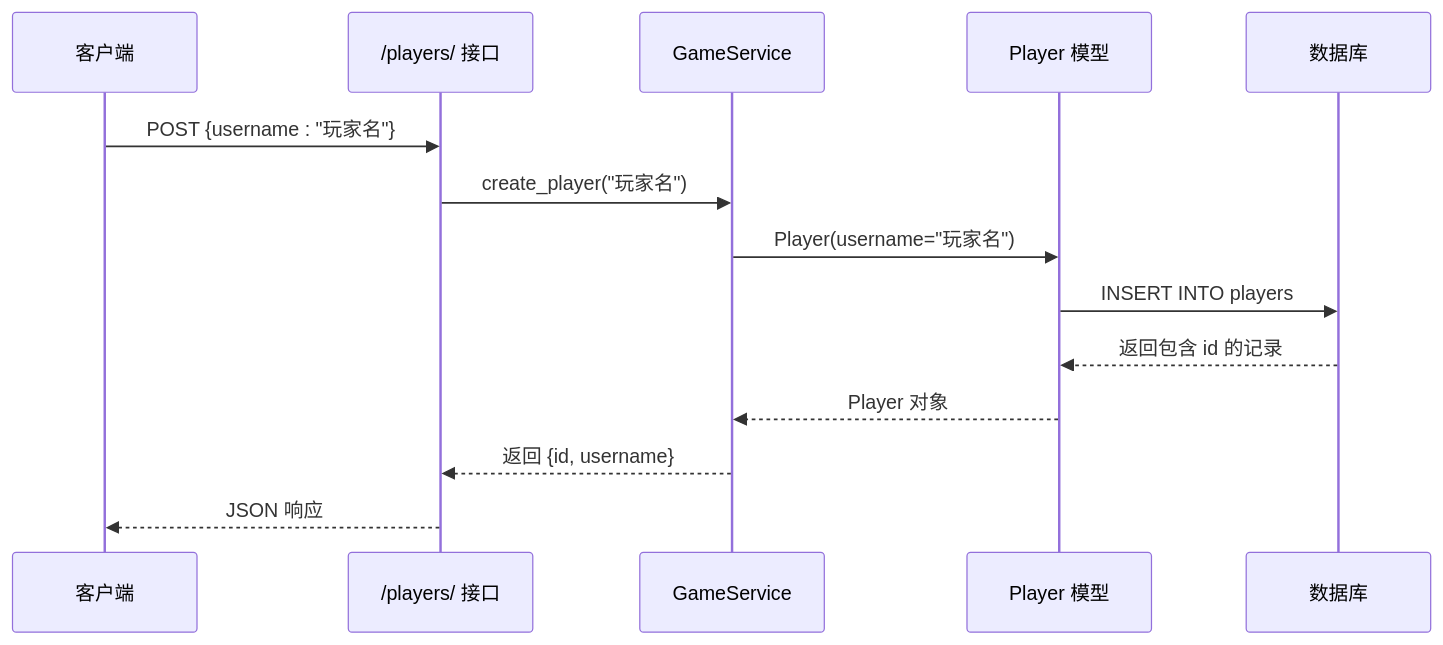
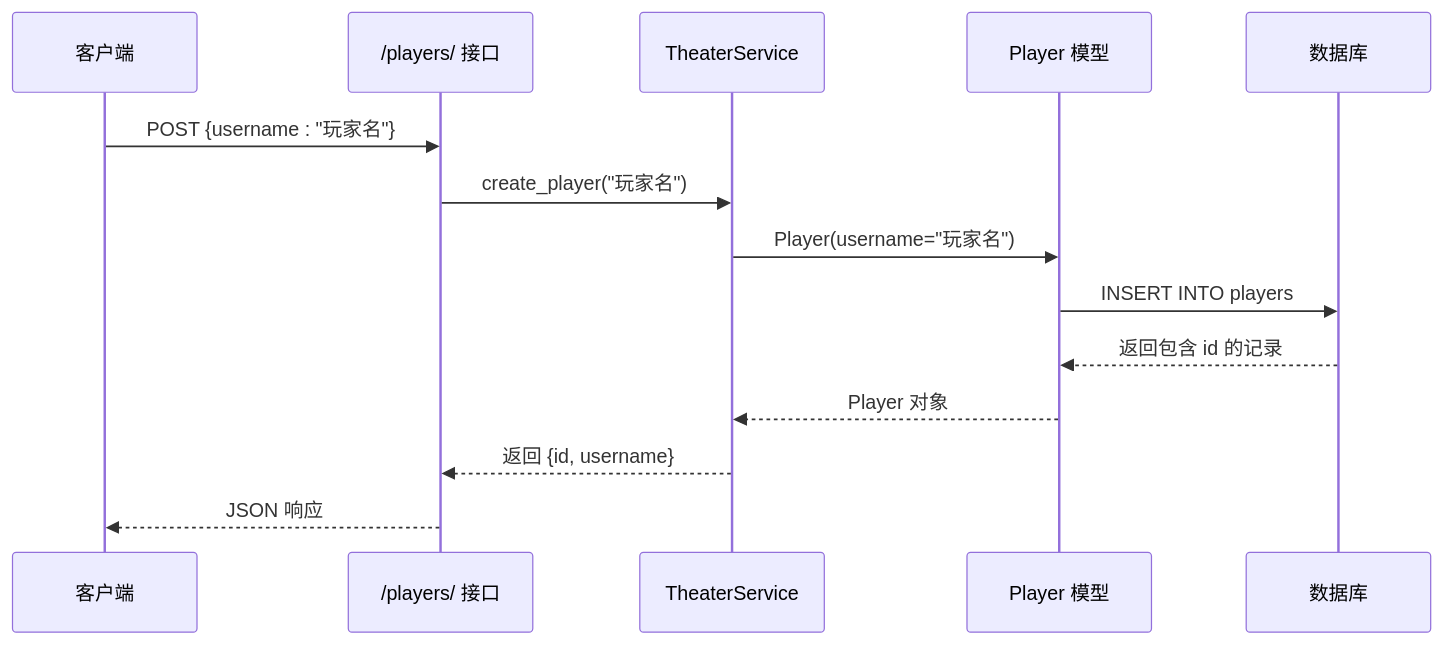
The ninth of 12 diagrams in .qoder/repowiki/zh/content/数据库设计/玩家数据模型.md (KunLabAI/KunFlix), drawn with Mermaid before and after one commit. The commit also changed other lines of this file and 112 other files, not shown here.

````diff
--- a/.qoder/repowiki/zh/content/数据库设计/玩家数据模型.md
+++ b/.qoder/repowiki/zh/content/数据库设计/玩家数据模型.md
@@ -324,16 +324,16 @@
 ```mermaid
 sequenceDiagram
 participant Client as 客户端
 participant API as /players/ 接口
-participant Service as GameService
+participant Service as TheaterService
 participant Model as Player 模型
 participant DB as 数据库
 Client->>API : POST {username : "玩家名"}
 API->>Service : create_player("玩家名")
 Service->>Model : Player(username="玩家名")
 Model->>DB : INSERT INTO players
 DB-->>Model : 返回包含 id 的记录
 Model-->>Service : Player 对象
 Service-->>API : 返回 {id, username}
 API-->>Client : JSON 响应
 ```
````
